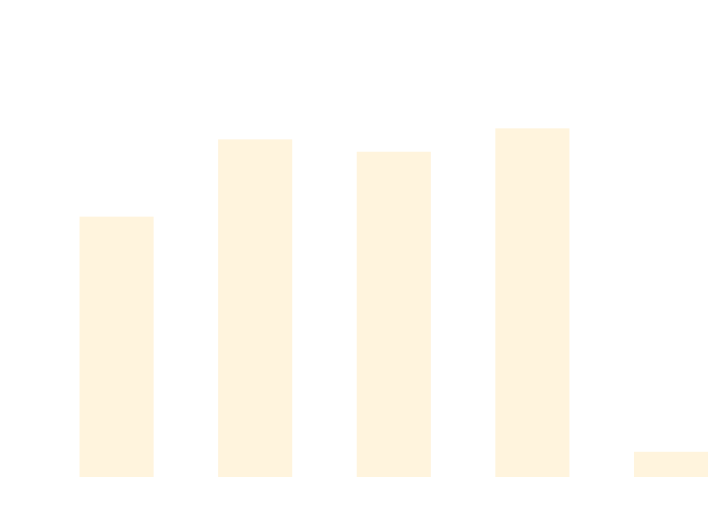
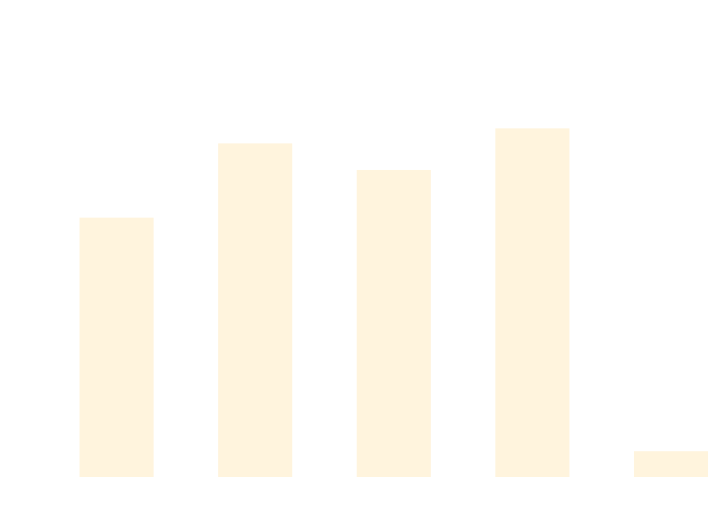
The diagram in docs/docs/benchmarks/ScaleTests.md (thomhurst/TUnit), drawn with Mermaid before and after one commit. The commit also changed other lines of this file and 17 other files, not shown here.

````diff
--- a/docs/docs/benchmarks/ScaleTests.md
+++ b/docs/docs/benchmarks/ScaleTests.md
@@ -27,37 +27,37 @@
 ```mermaid
 %%{init: {
   'theme':'base',
   'themeVariables': {
     'primaryColor': '#2563eb',
     'primaryTextColor': '#ffffff',
     'primaryBorderColor': '#1e40af',
     'lineColor': '#6b7280',
     'secondaryColor': '#7c3aed',
     'tertiaryColor': '#dc2626',
     'background': '#ffffff',
     'mainBkg': '#2563eb',
     'secondBkg': '#7c3aed',
     'tertiaryBkg': '#dc2626',
     'clusterBkg': '#f3f4f6',
     'edgeLabelBackground': '#ffffff',
     'tertiaryTextColor': '#1f2937',
     'pie1': '#2563eb',
     'pie2': '#7c3aed',
     'pie3': '#dc2626',
     'pie4': '#f59e0b',
     'pie5': '#10b981',
     'pie6': '#06b6d4',
     'pie7': '#ec4899',
     'pie8': '#6366f1',
     'pie9': '#84cc16',
     'pie10': '#f97316',
     'pie11': '#14b8a6',
     'pie12': '#a855f7'
   }
 }}%%
 xychart-beta
   title "ScaleTests Performance Comparison"
   x-axis ["TUnit", "NUnit", "MSTest", "xUnit3", "TUnit_AOT"]
-  y-axis "Time (ms)" 0 --> 762
-  bar [470.16, 614.11, 591.09, 634.65, 32.07]
+  y-axis "Time (ms)" 0 --> 746
+  bar [458.47, 593.89, 545.46, 621.32, 32.42]
 ```
````
